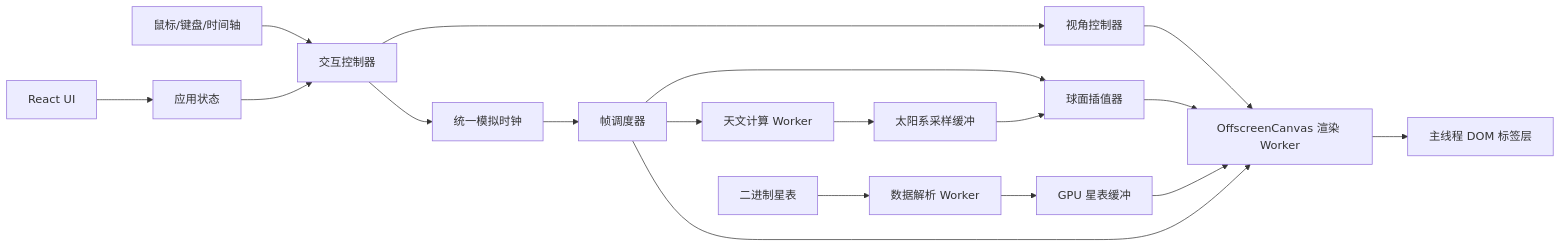
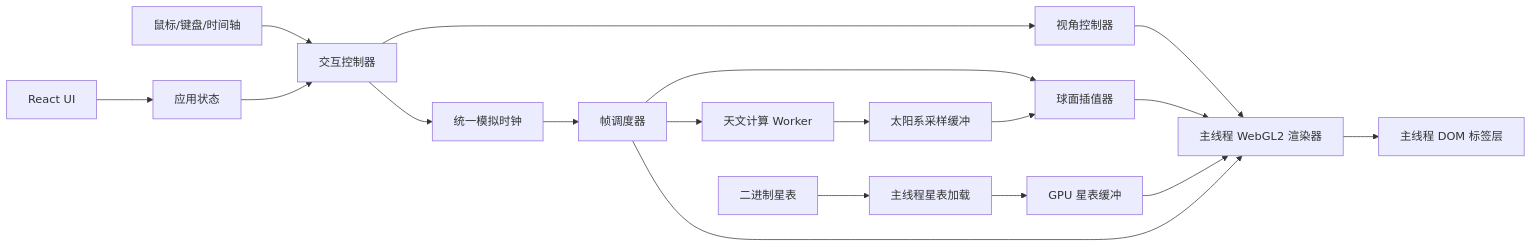
Before and after one commit to gunerguner/AdAstra: the diagram in docs/technical-design.md, drawn with Mermaid. The commit also changed other lines of this file and 45 other files, not shown here.

````diff
--- a/docs/technical-design.md
+++ b/docs/technical-design.md
@@ -162,23 +163,23 @@
 ```mermaid
 flowchart LR
     UI[React UI] --> Store[应用状态]
     Input[鼠标/键盘/时间轴] --> Controller[交互控制器]
     Controller --> Clock[统一模拟时钟]
     Controller --> Camera[视角控制器]
     Store --> Controller
 
     Clock --> Scheduler[帧调度器]
     Scheduler --> AstroWorker[天文计算 Worker]
     AstroWorker --> Samples[太阳系采样缓冲]
     Scheduler --> Interpolator[球面插值器]
     Samples --> Interpolator
 
-    Catalog[二进制星表] --> DataWorker[数据解析 Worker]
-    DataWorker --> GPUBuffer[GPU 星表缓冲]
+    Catalog[二进制星表] --> CatalogService[主线程星表加载]
+    CatalogService --> GPUBuffer[GPU 星表缓冲]
 
-    Camera --> Renderer[OffscreenCanvas 渲染 Worker]
+    Camera --> Renderer[主线程 WebGL2 渲染器]
     Interpolator --> Renderer
     GPUBuffer --> Renderer
     Scheduler --> Renderer
     Renderer --> Labels[主线程 DOM 标签层]
 ```
````
